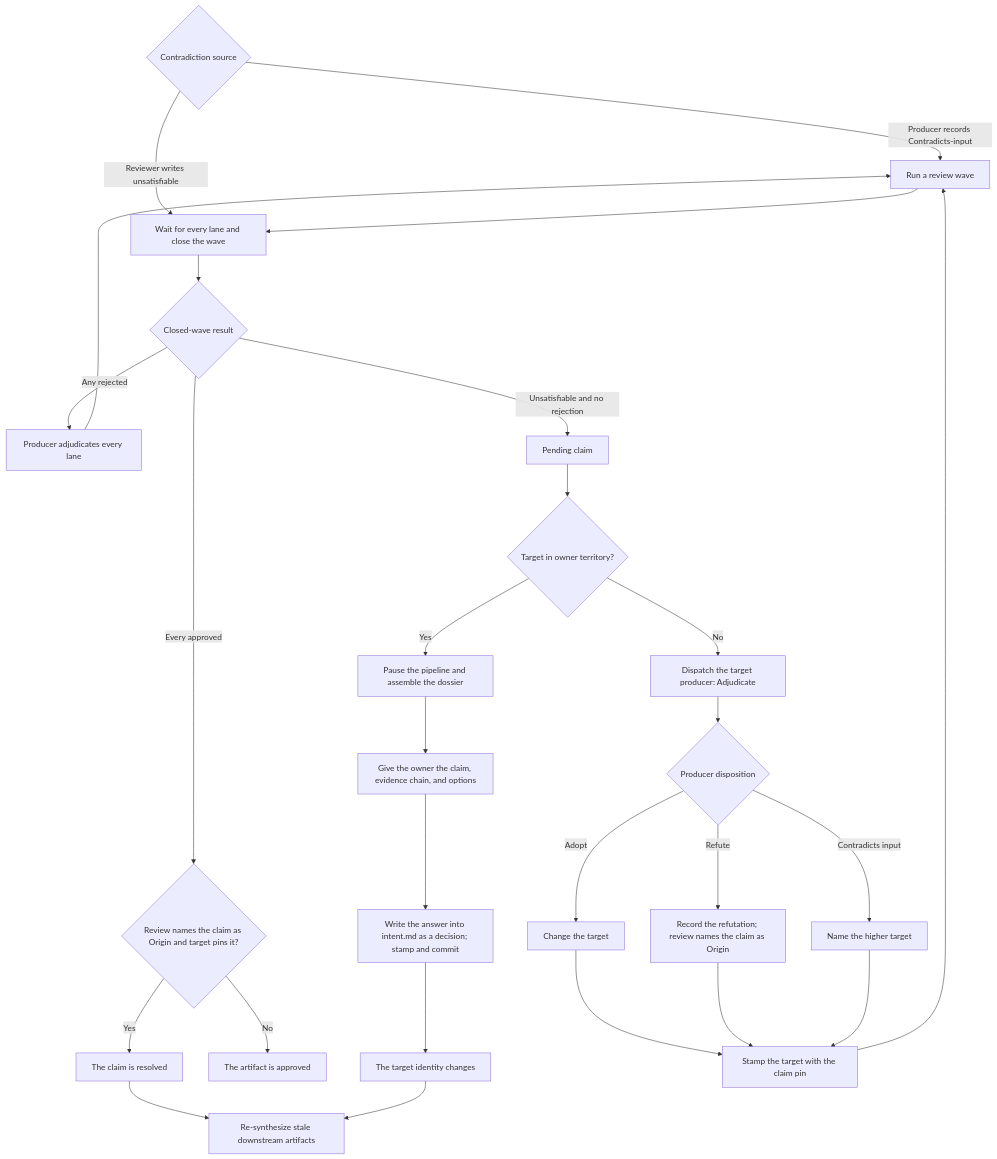
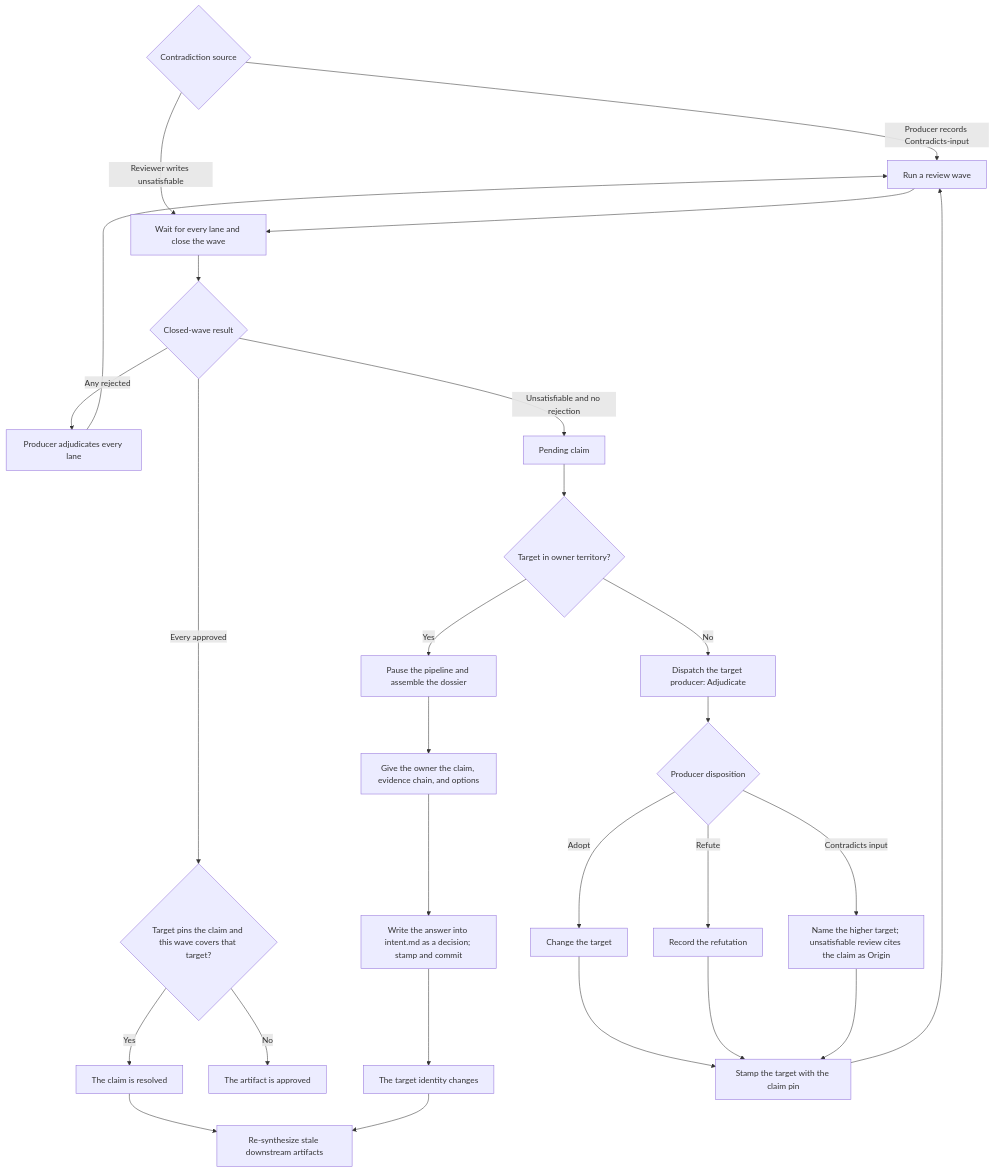
One commit to Automattic/radical-pipelines changed the diagram in docs/flowcharts/escalation.md. Above: the diagram before and after it, drawn with Mermaid. The commit also changed 1 other file, not shown here.

Commit message:
Clarify staleness and claim resolution

````diff
--- a/docs/flowcharts/escalation.md
+++ b/docs/flowcharts/escalation.md
@@ -5,29 +5,29 @@
 ```mermaid
 flowchart TD
     START{"Contradiction source"} -->|Producer records Contradicts-input| A["Run a review wave"]
     START -->|Reviewer writes unsatisfiable| C
     A --> C["Wait for every lane and close the wave"]
     C --> D{"Closed-wave result"}
     D -->|Any rejected| E["Producer adjudicates every lane"]
     E --> A
-    D -->|Every approved| F{"Review names the claim as Origin and target pins it?"}
+    D -->|Every approved| F{"Target pins the claim and this wave covers that target?"}
     F -->|Yes| RESOLVED["The claim is resolved"]
     F -->|No| APPROVED["The artifact is approved"]
     D -->|Unsatisfiable and no rejection| G["Pending claim"]
     G --> H{"Target in owner territory?"}
     H -->|Yes| I["Pause the pipeline and assemble the dossier"]
     I --> J["Give the owner the claim, evidence chain, and options"]
     J --> K["Write the answer into intent.md as a decision; stamp and commit"]
     K --> CHANGED["The target identity changes"]
     H -->|No| N["Dispatch the target producer: Adjudicate"]
     N --> O{"Producer disposition"}
     O -->|Adopt| P["Change the target"]
-    O -->|Refute| Q["Record the refutation; review names the claim as Origin"]
-    O -->|Contradicts input| R["Name the higher target"]
+    O -->|Refute| Q["Record the refutation"]
+    O -->|Contradicts input| R["Name the higher target; unsatisfiable review cites the claim as Origin"]
     P --> S["Stamp the target with the claim pin"]
     Q --> S
     R --> S
     S --> A
     RESOLVED --> CASCADE
     CHANGED --> CASCADE["Re-synthesize stale downstream artifacts"]
 ```
````
